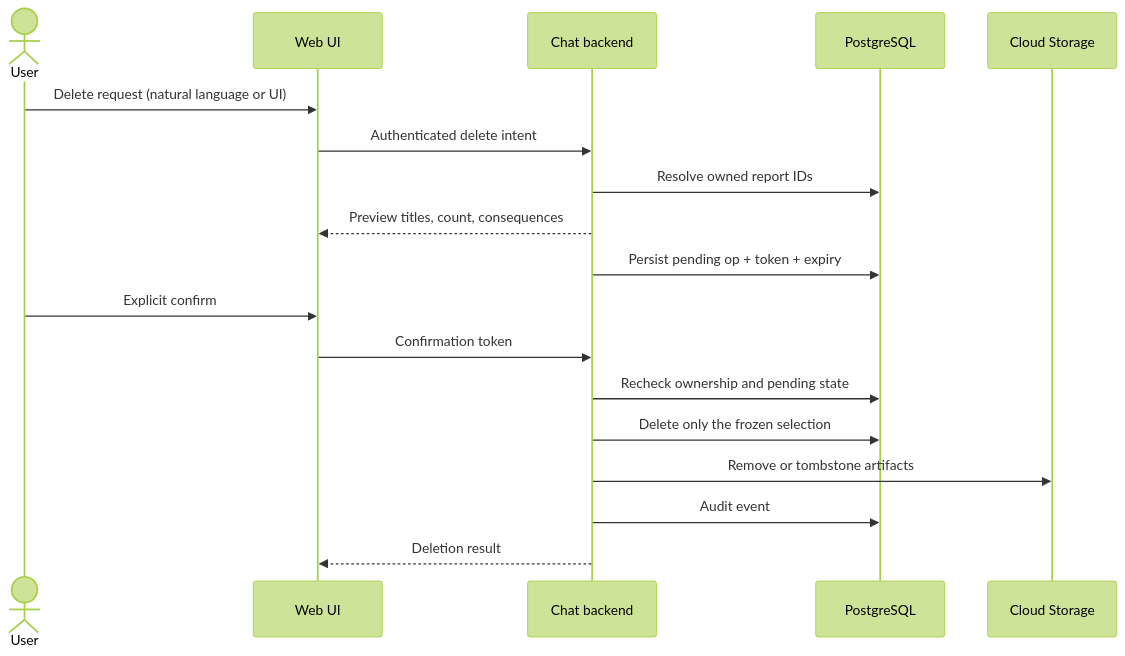
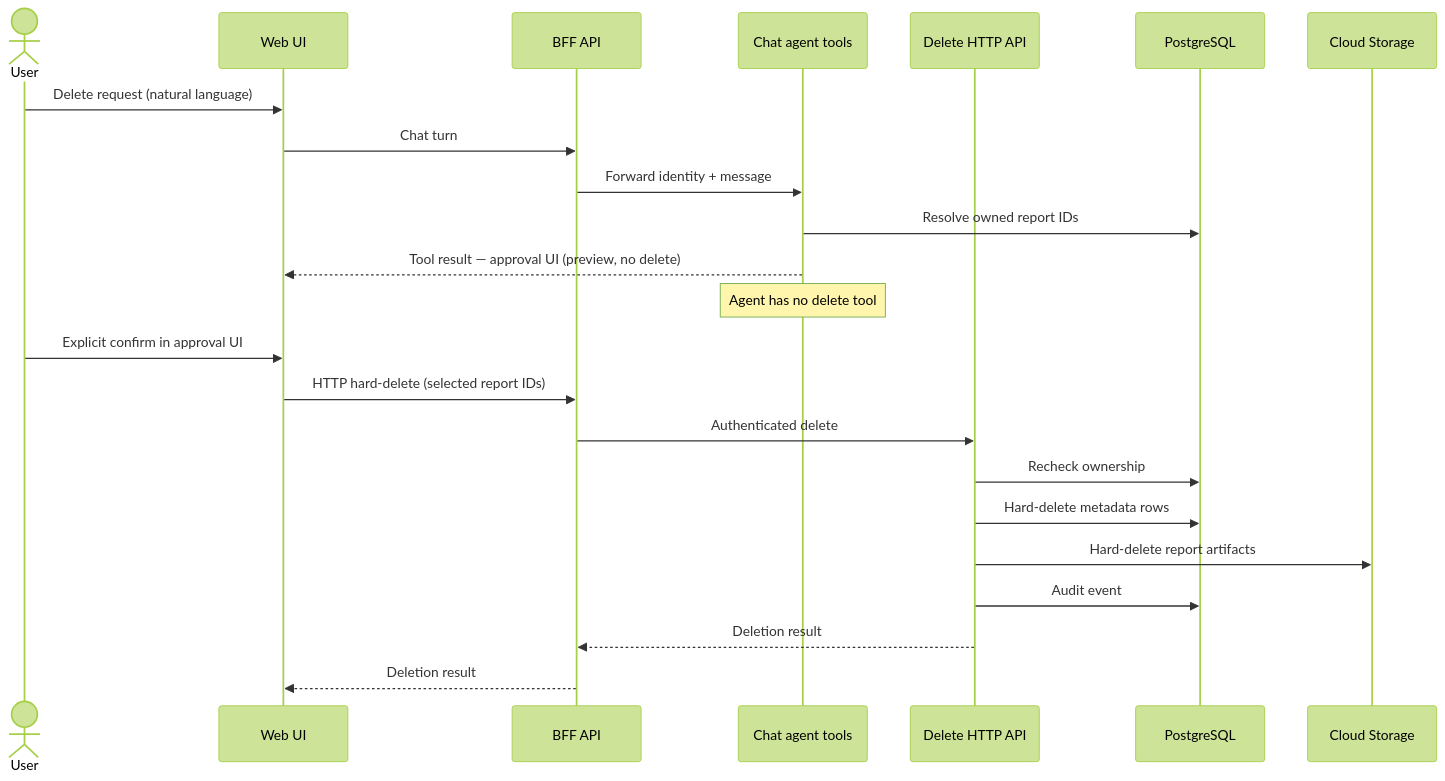
Before and after one commit to PiotrJachowicz/opsfleet-assessment: the second of 4 diagrams in docs/HLD.md, drawn with Mermaid (forest theme). The commit also changed other lines of this file, not shown here.

First line of the commit message:
docs: align HLD diagrams and resolve open design choices

````diff
--- a/docs/HLD.md
+++ b/docs/HLD.md
@@ -81,21 +80,26 @@
 ```mermaid
 sequenceDiagram
     actor User
     participant UI as Web UI
-    participant API as Chat backend
+    participant BFF as BFF API
+    participant Agent as Chat agent tools
+    participant API as Delete HTTP API
     participant PG as PostgreSQL
     participant GCS as Cloud Storage
 
-    User->>UI: Delete request (natural language or UI)
-    UI->>API: Authenticated delete intent
-    API->>PG: Resolve owned report IDs
-    API-->>UI: Preview titles, count, consequences
-    API->>PG: Persist pending op + token + expiry
-    User->>UI: Explicit confirm
-    UI->>API: Confirmation token
-    API->>PG: Recheck ownership and pending state
-    API->>PG: Delete only the frozen selection
-    API->>GCS: Remove or tombstone artifacts
+    User->>UI: Delete request (natural language)
+    UI->>BFF: Chat turn
+    BFF->>Agent: Forward identity + message
+    Agent->>PG: Resolve owned report IDs
+    Agent-->>UI: Tool result — approval UI (preview, no delete)
+    Note over Agent: Agent has no delete tool
+    User->>UI: Explicit confirm in approval UI
+    UI->>BFF: HTTP hard-delete (selected report IDs)
+    BFF->>API: Authenticated delete
+    API->>PG: Recheck ownership
+    API->>PG: Hard-delete metadata rows
+    API->>GCS: Hard-delete report artifacts
     API->>PG: Audit event
-    API-->>UI: Deletion result
+    API-->>BFF: Deletion result
+    BFF-->>UI: Deletion result
 ```
````
